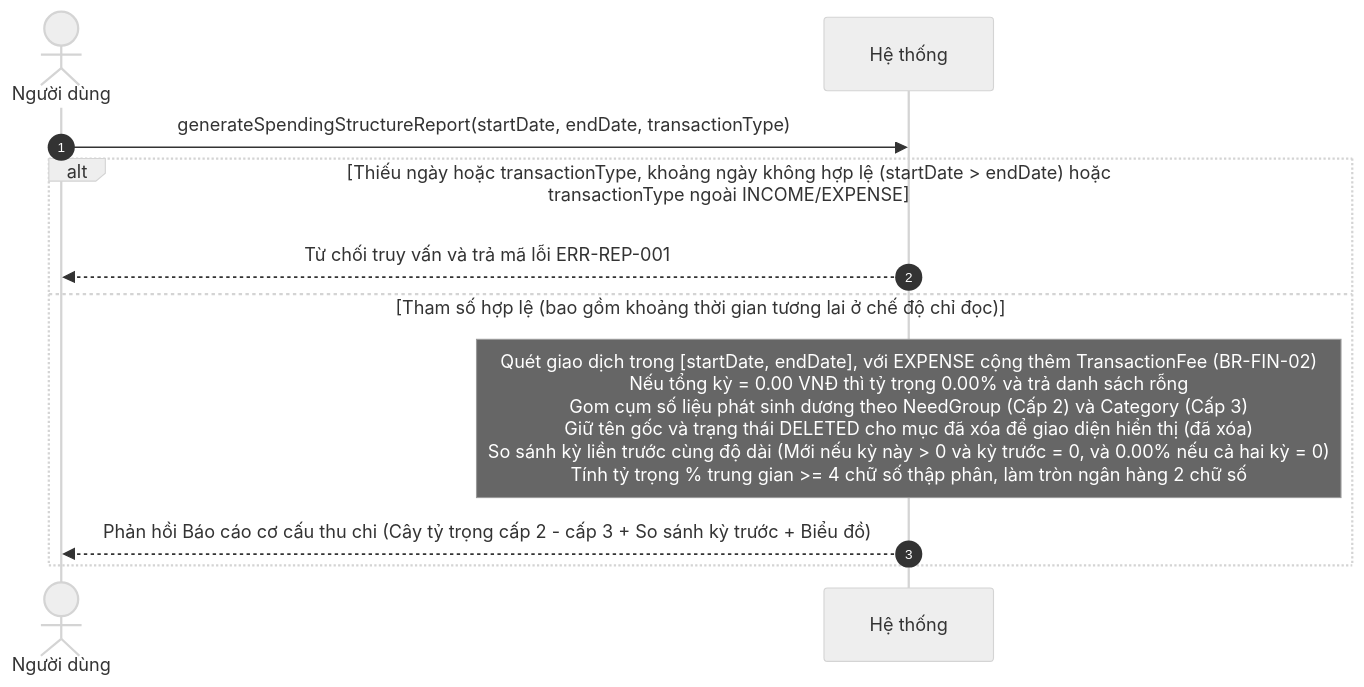
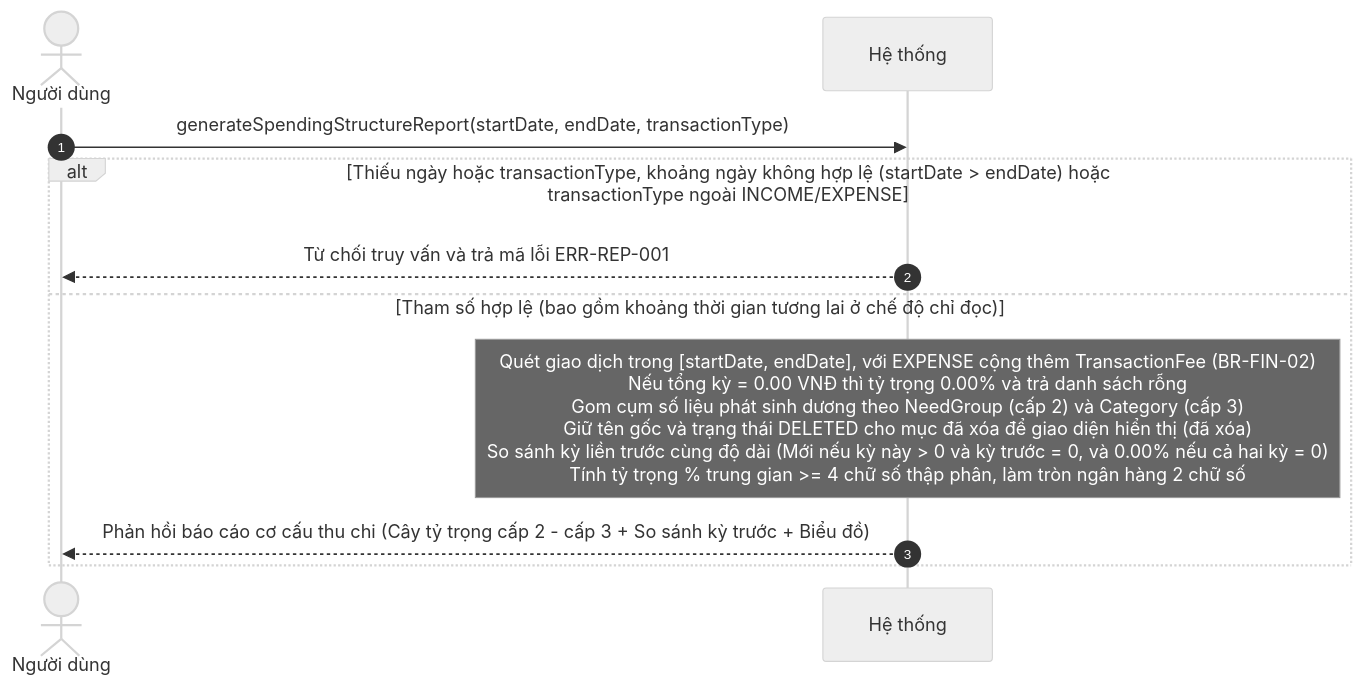
Before and after one commit to mynhleeh/pfms-oop: diagram 17 of 20 in docs/object-oriented-analysis/03-so-do-tuan-tu-he-thong-ssd.md, drawn with Mermaid (neutral theme). The commit also changed other lines of this file and 7 other files, not shown here.

````diff
--- a/docs/object-oriented-analysis/03-so-do-tuan-tu-he-thong-ssd.md
+++ b/docs/object-oriented-analysis/03-so-do-tuan-tu-he-thong-ssd.md
@@ -665,14 +661,14 @@
 ```mermaid
 sequenceDiagram
     autonumber
     actor User as Người dùng
     participant System as Hệ thống
 
     User->>System: generateSpendingStructureReport(startDate, endDate, transactionType)
     alt Thiếu ngày hoặc transactionType, khoảng ngày không hợp lệ (startDate > endDate) hoặc transactionType ngoài INCOME/EXPENSE
         System-->>User: Từ chối truy vấn và trả mã lỗi ERR-REP-001
     else Tham số hợp lệ (bao gồm khoảng thời gian tương lai ở chế độ chỉ đọc)
-        Note over System: Quét giao dịch trong [startDate, endDate], với EXPENSE cộng thêm TransactionFee (BR-FIN-02)<br/>Nếu tổng kỳ = 0.00 VNĐ thì tỷ trọng 0.00% và trả danh sách rỗng<br/>Gom cụm số liệu phát sinh dương theo NeedGroup (Cấp 2) và Category (Cấp 3)<br/>Giữ tên gốc và trạng thái DELETED cho mục đã xóa để giao diện hiển thị (đã xóa)<br/>So sánh kỳ liền trước cùng độ dài (Mới nếu kỳ này > 0 và kỳ trước = 0, và 0.00% nếu cả hai kỳ = 0)<br/>Tính tỷ trọng % trung gian >= 4 chữ số thập phân, làm tròn ngân hàng 2 chữ số
-        System-->>User: Phản hồi Báo cáo cơ cấu thu chi (Cây tỷ trọng cấp 2 - cấp 3 + So sánh kỳ trước + Biểu đồ)
+        Note over System: Quét giao dịch trong [startDate, endDate], với EXPENSE cộng thêm TransactionFee (BR-FIN-02)<br/>Nếu tổng kỳ = 0.00 VNĐ thì tỷ trọng 0.00% và trả danh sách rỗng<br/>Gom cụm số liệu phát sinh dương theo NeedGroup (cấp 2) và Category (cấp 3)<br/>Giữ tên gốc và trạng thái DELETED cho mục đã xóa để giao diện hiển thị (đã xóa)<br/>So sánh kỳ liền trước cùng độ dài (Mới nếu kỳ này > 0 và kỳ trước = 0, và 0.00% nếu cả hai kỳ = 0)<br/>Tính tỷ trọng % trung gian >= 4 chữ số thập phân, làm tròn ngân hàng 2 chữ số
+        System-->>User: Phản hồi báo cáo cơ cấu thu chi (Cây tỷ trọng cấp 2 - cấp 3 + So sánh kỳ trước + Biểu đồ)
     end
 ```
````
